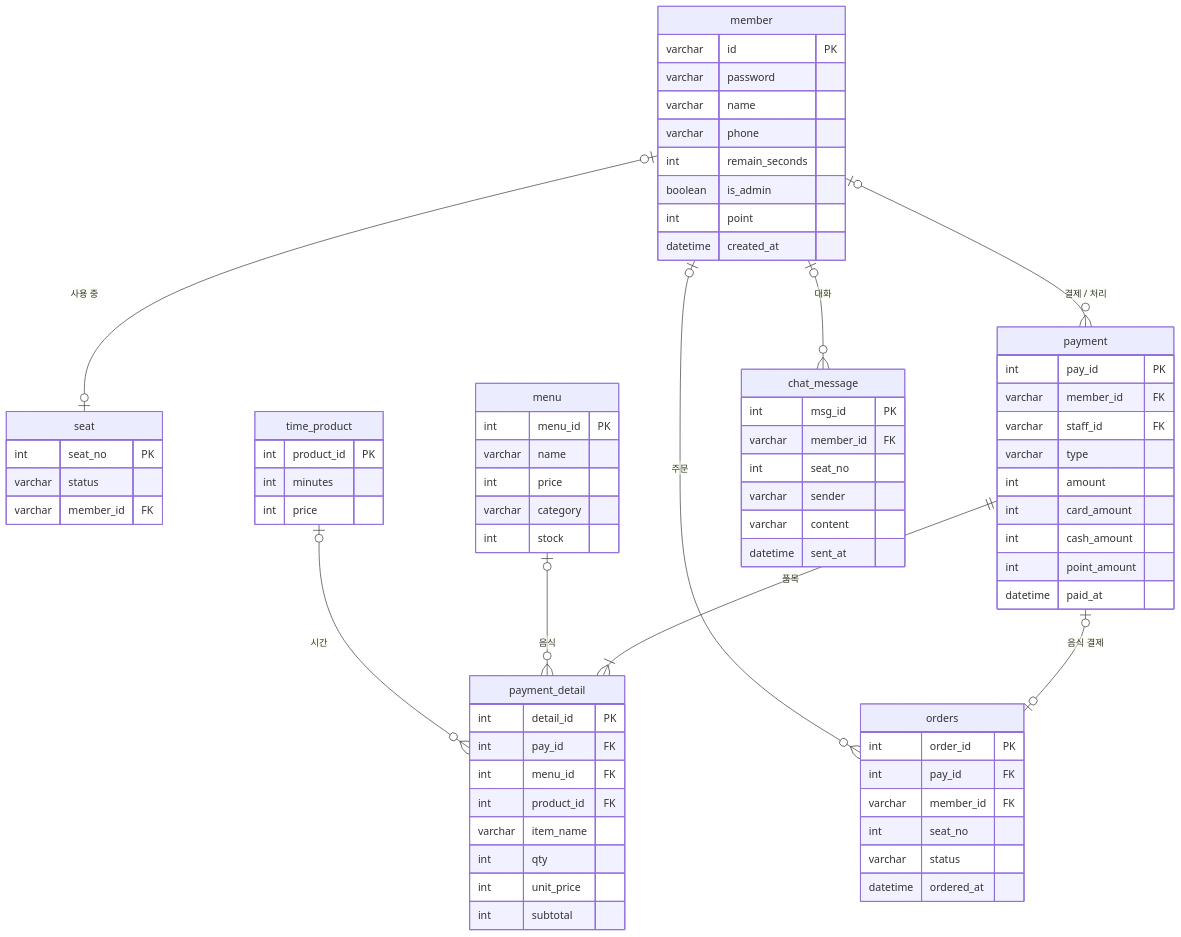
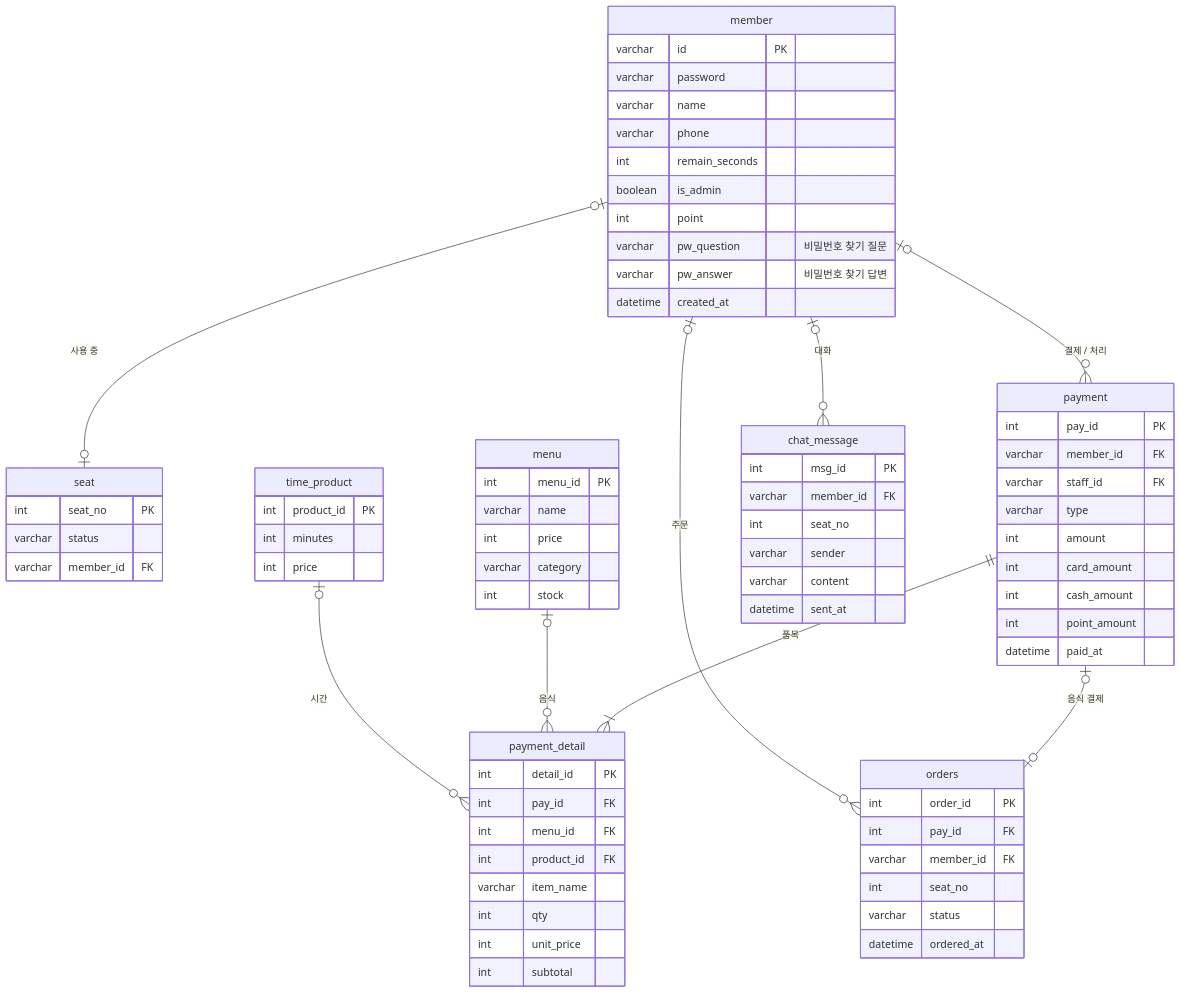
Before and after one commit to ldhpop123/MJC-java-PcCafe: the diagram in README.md, drawn with Mermaid. The commit also changed other lines of this file and 27 other files, not shown here.

````diff
--- a/README.md
+++ b/README.md
@@ -132,76 +135,78 @@
 ```mermaid
 erDiagram
     member |o--o| seat : "사용 중"
     member |o--o{ payment : "결제 / 처리"
     payment ||--|{ payment_detail : "품목"
     menu |o--o{ payment_detail : "음식"
     time_product |o--o{ payment_detail : "시간"
     payment |o--o| orders : "음식 결제"
     member |o--o{ orders : "주문"
     member |o--o{ chat_message : "대화"
 
     member {
         varchar id PK
         varchar password
         varchar name
         varchar phone
         int remain_seconds
         boolean is_admin
         int point
+        varchar pw_question "비밀번호 찾기 질문"
+        varchar pw_answer "비밀번호 찾기 답변"
         datetime created_at
     }
     seat {
         int seat_no PK
         varchar status
         varchar member_id FK
     }
     time_product {
         int product_id PK
         int minutes
         int price
     }
     menu {
         int menu_id PK
         varchar name
         int price
         varchar category
         int stock
     }
     payment {
         int pay_id PK
         varchar member_id FK
         varchar staff_id FK
         varchar type
         int amount
         int card_amount
         int cash_amount
         int point_amount
         datetime paid_at
     }
     payment_detail {
         int detail_id PK
         int pay_id FK
         int menu_id FK
         int product_id FK
         varchar item_name
         int qty
         int unit_price
         int subtotal
     }
     orders {
         int order_id PK
         int pay_id FK
         varchar member_id FK
         int seat_no
         varchar status
         datetime ordered_at
     }
     chat_message {
         int msg_id PK
         varchar member_id FK
         int seat_no
         varchar sender
         varchar content
         datetime sent_at
     }
 ```
````
